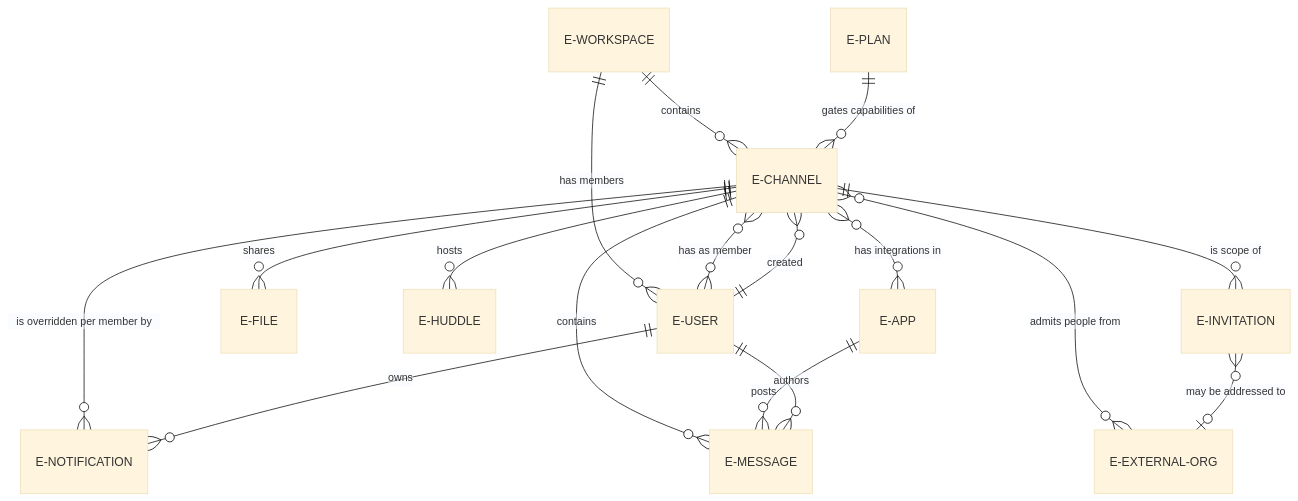
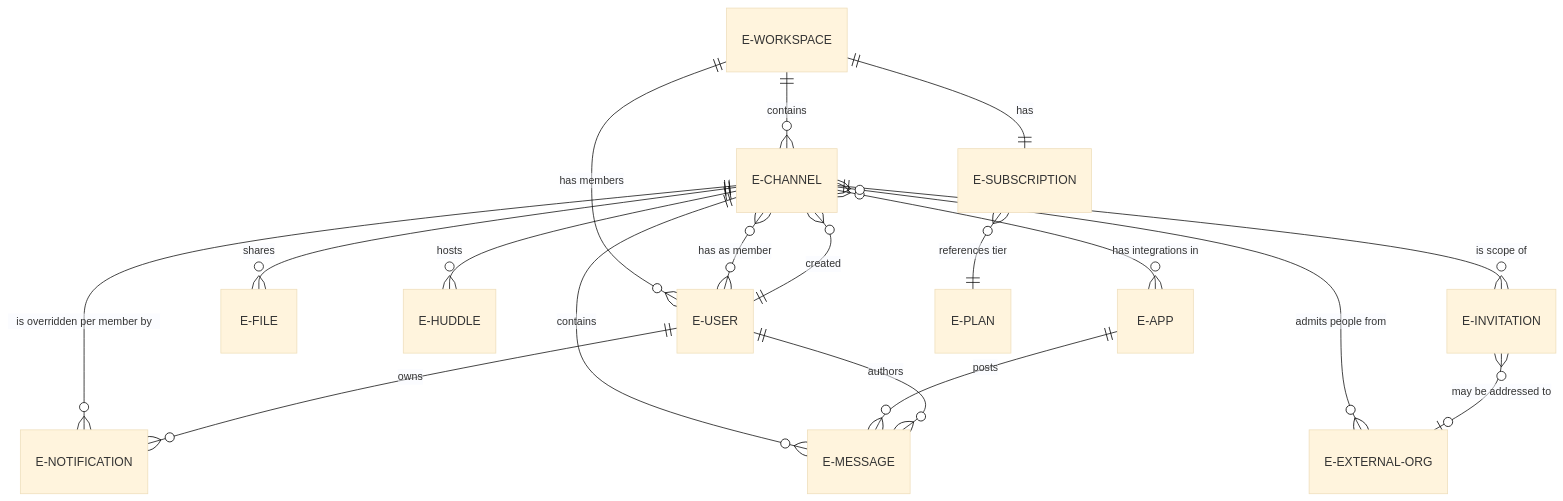
Before and after one commit to blitzy-research/blitzy-slack: the second of 2 diagrams in docs/workflows/02-channels.md, drawn with Mermaid (base theme). The commit also changed other lines of this file and 8 other files, not shown here.

````diff
--- a/docs/workflows/02-channels.md
+++ b/docs/workflows/02-channels.md
@@ -831,19 +832,20 @@
 ```mermaid
 erDiagram
     E-WORKSPACE ||--o{ E-CHANNEL : "contains"
     E-WORKSPACE ||--o{ E-USER : "has members"
     E-CHANNEL }o--o{ E-USER : "has as member"
     E-USER ||--o{ E-CHANNEL : "created"
     E-CHANNEL ||--o{ E-MESSAGE : "contains"
     E-CHANNEL ||--o{ E-FILE : "shares"
     E-CHANNEL ||--o{ E-HUDDLE : "hosts"
     E-CHANNEL }o--o{ E-APP : "has integrations in"
     E-CHANNEL ||--o{ E-INVITATION : "is scope of"
     E-CHANNEL ||--o{ E-NOTIFICATION : "is overridden per member by"
     E-USER ||--o{ E-NOTIFICATION : "owns"
     E-CHANNEL }o--o{ E-EXTERNAL-ORG : "admits people from"
-    E-PLAN ||--o{ E-CHANNEL : "gates capabilities of"
+    E-WORKSPACE ||--|| E-SUBSCRIPTION : "has"
+    E-SUBSCRIPTION }o--|| E-PLAN : "references tier"
     E-INVITATION }o--o| E-EXTERNAL-ORG : "may be addressed to"
     E-APP ||--o{ E-MESSAGE : "posts"
     E-USER ||--o{ E-MESSAGE : "authors"
 ```
````
